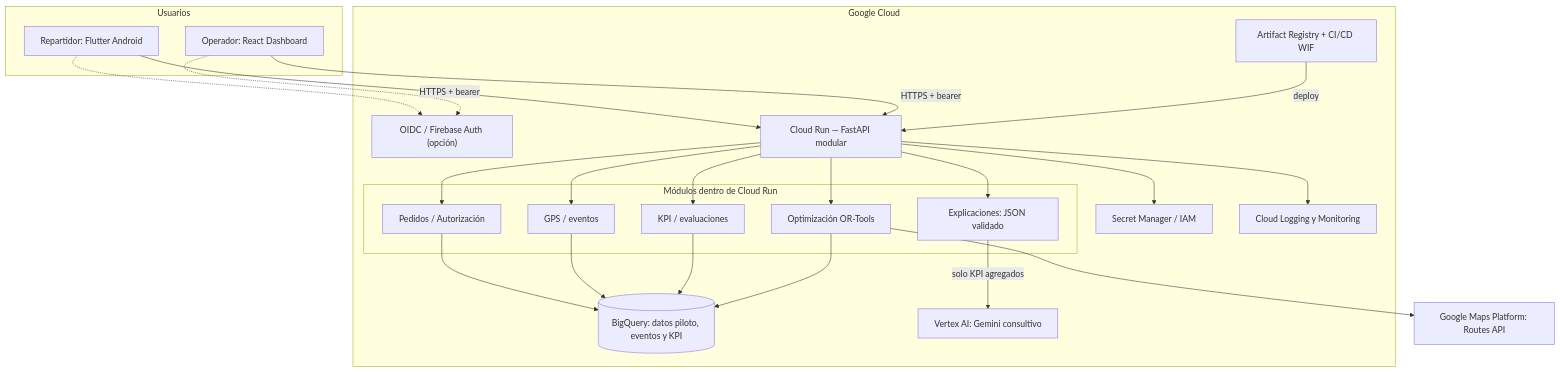
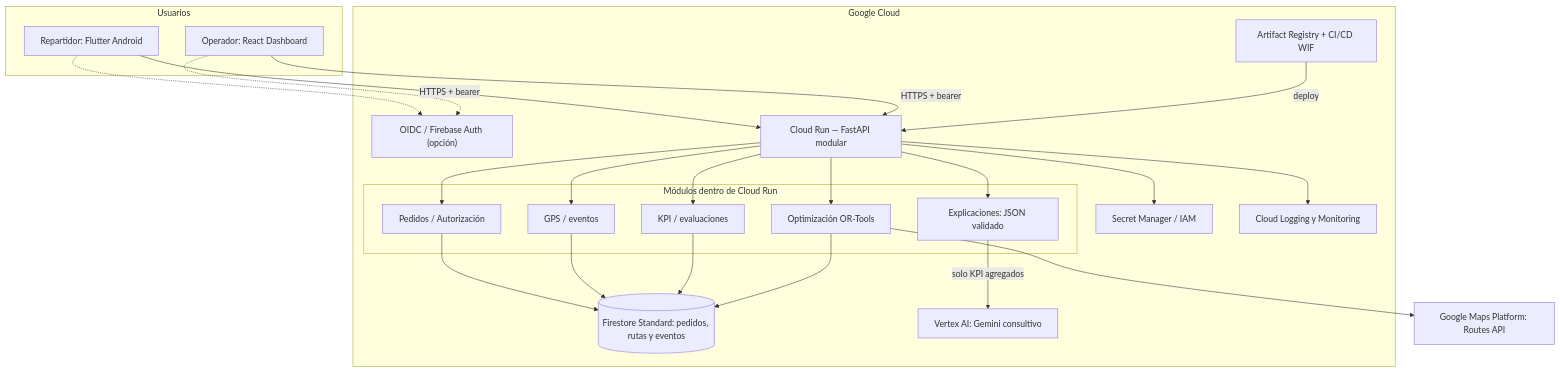
Before and after one commit to JuliusCordova/SmartRoute_AI: the diagram in docs/diagrams/01-gcp-components.md, drawn with Mermaid.

Commit message:
docs: switch docs/diagrams/01-gcp-components.md to Firestore Standard

````diff
--- a/docs/diagrams/01-gcp-components.md
+++ b/docs/diagrams/01-gcp-components.md
@@ -2,38 +2,38 @@
 ```mermaid
 flowchart TB
   subgraph USERS["Usuarios"]
     D["Repartidor: Flutter Android"]
     O["Operador: React Dashboard"]
   end
   subgraph GCP["Google Cloud"]
     I["OIDC / Firebase Auth (opción)"]
     CR["Cloud Run — FastAPI modular"]
-    DB[("BigQuery: datos piloto, eventos y KPI")]
+    DB[("Firestore Standard: pedidos, rutas y eventos")]
     SM["Secret Manager / IAM"]
     LG["Cloud Logging y Monitoring"]
     AR["Artifact Registry + CI/CD WIF"]
     V["Vertex AI: Gemini consultivo"]
     subgraph DOMAIN["Módulos dentro de Cloud Run"]
       P["Pedidos / Autorización"]
       R["Optimización OR-Tools"]
       T["GPS / eventos"]
       A["KPI / evaluaciones"]
       E["Explicaciones: JSON validado"]
     end
   end
   M["Google Maps Platform: Routes API"]
   D -->|"HTTPS + bearer"| CR
   O -->|"HTTPS + bearer"| CR
   D -.-> I
   O -.-> I
   CR --> P & R & T & A & E
   P --> DB
   T --> DB
   A --> DB
   R --> M
   R --> DB
   E -->|"solo KPI agregados"| V
   CR --> SM
   CR --> LG
   AR -->|"deploy"| CR
 ```
````
